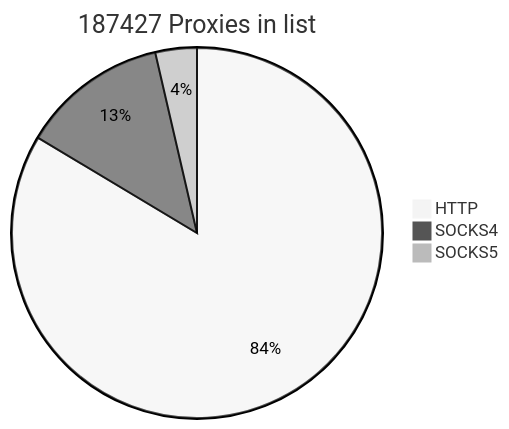
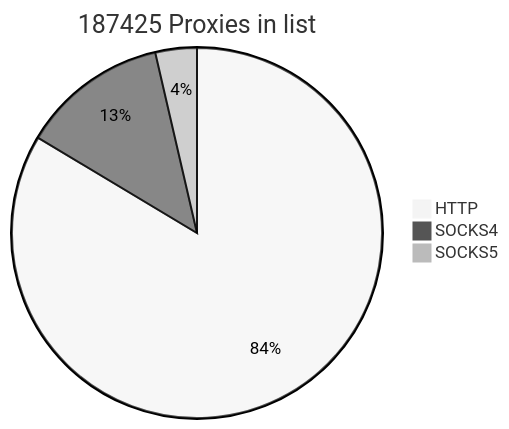
The first of 2 diagrams in README.md (cutipu/proxylist), drawn with Mermaid (neutral theme) before and after one commit. The commit also changed other lines of this file, not shown here.

````diff
--- a/README.md
+++ b/README.md
@@ -2,7 +2,7 @@
 ```mermaid
-pie title 187427 Proxies in list
+pie title 187425 Proxies in list
     "HTTP" : 156664
     "SOCKS4" : 23974
-    "SOCKS5" : 6789
+    "SOCKS5" : 6787
             
 ```
````
